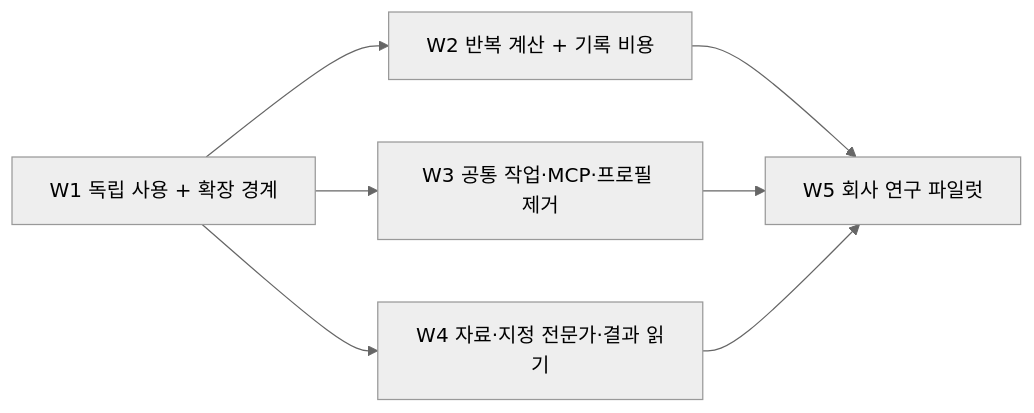
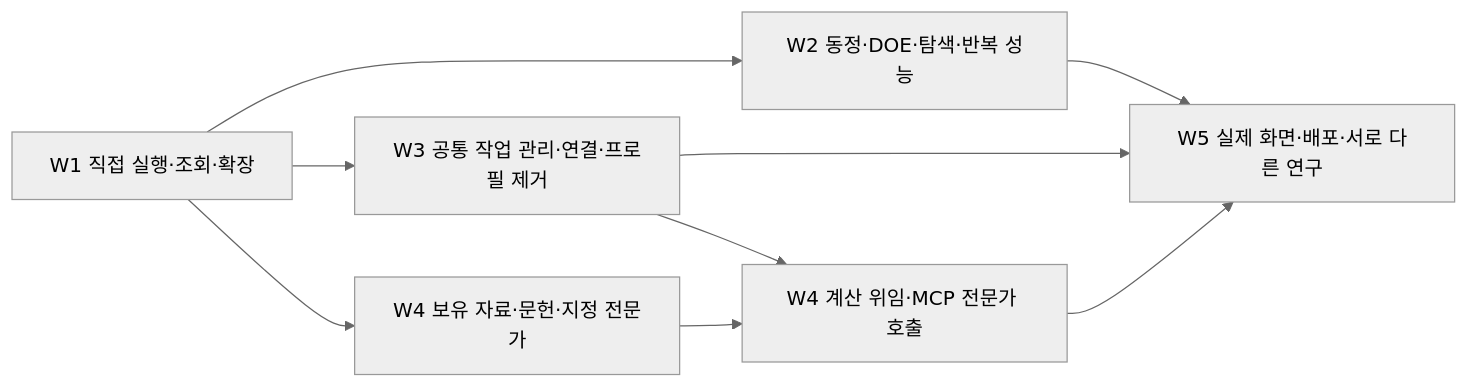
Before and after one commit to pikachu444/autonomous-cae-lab: the sixth of 7 diagrams in docs/WORKBENCH_REDESIGN.md, drawn with Mermaid (neutral theme). The commit also changed other lines of this file, not shown here.

````diff
--- a/docs/WORKBENCH_REDESIGN.md
+++ b/docs/WORKBENCH_REDESIGN.md
@@ -356,9 +358,11 @@
 ```mermaid
 flowchart LR
-  A["W1 독립 사용 + 확장 경계"] --> B["W2 반복 계산 + 기록 비용"]
-  A --> C["W3 공통 작업·MCP·프로필 제거"]
-  A --> D["W4 자료·지정 전문가·결과 읽기"]
-  B --> E["W5 회사 연구 파일럿"]
+  A["W1 직접 실행·조회·확장"] --> B["W2 동정·DOE·탐색·반복 성능"]
+  A --> C["W3 공통 작업 관리·연결·프로필 제거"]
+  A --> D["W4 보유 자료·문헌·지정 전문가"]
+  C --> F["W4 계산 위임·MCP 전문가 호출"]
+  D --> F
+  B --> E["W5 실제 화면·배포·서로 다른 연구"]
   C --> E
-  D --> E
+  F --> E
 ```
````
